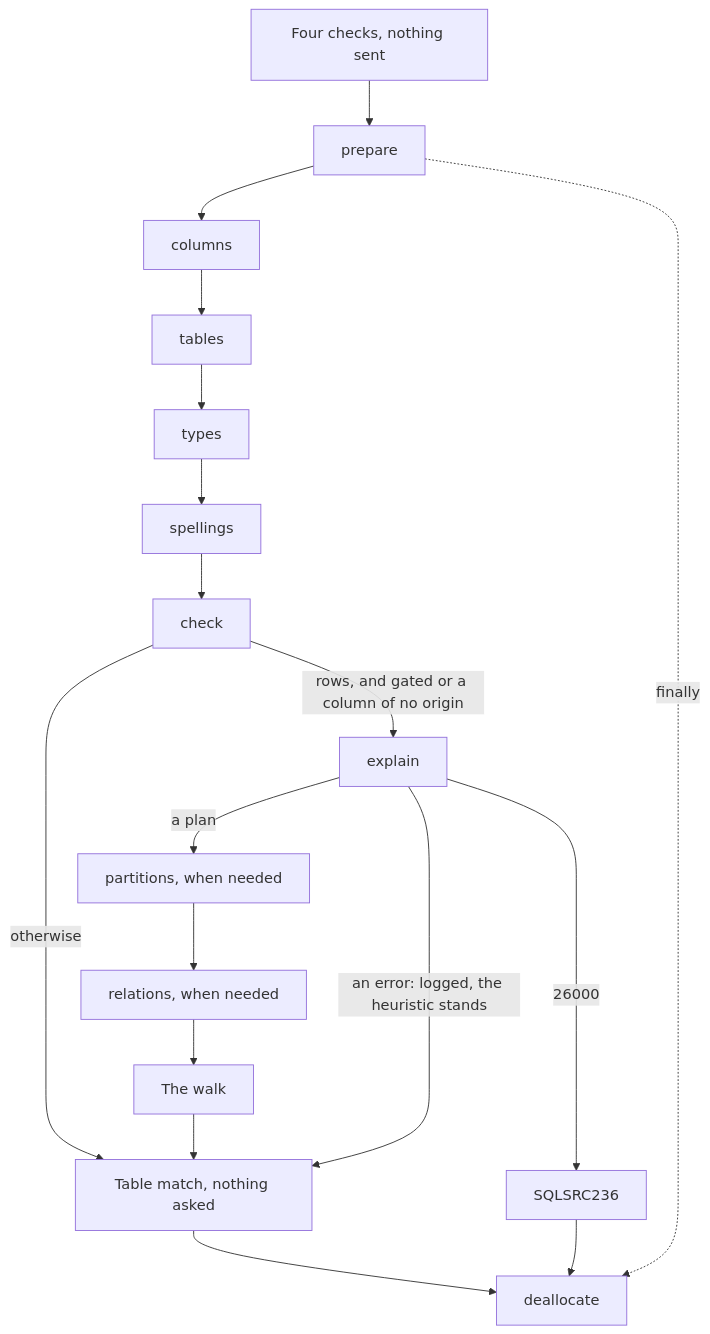
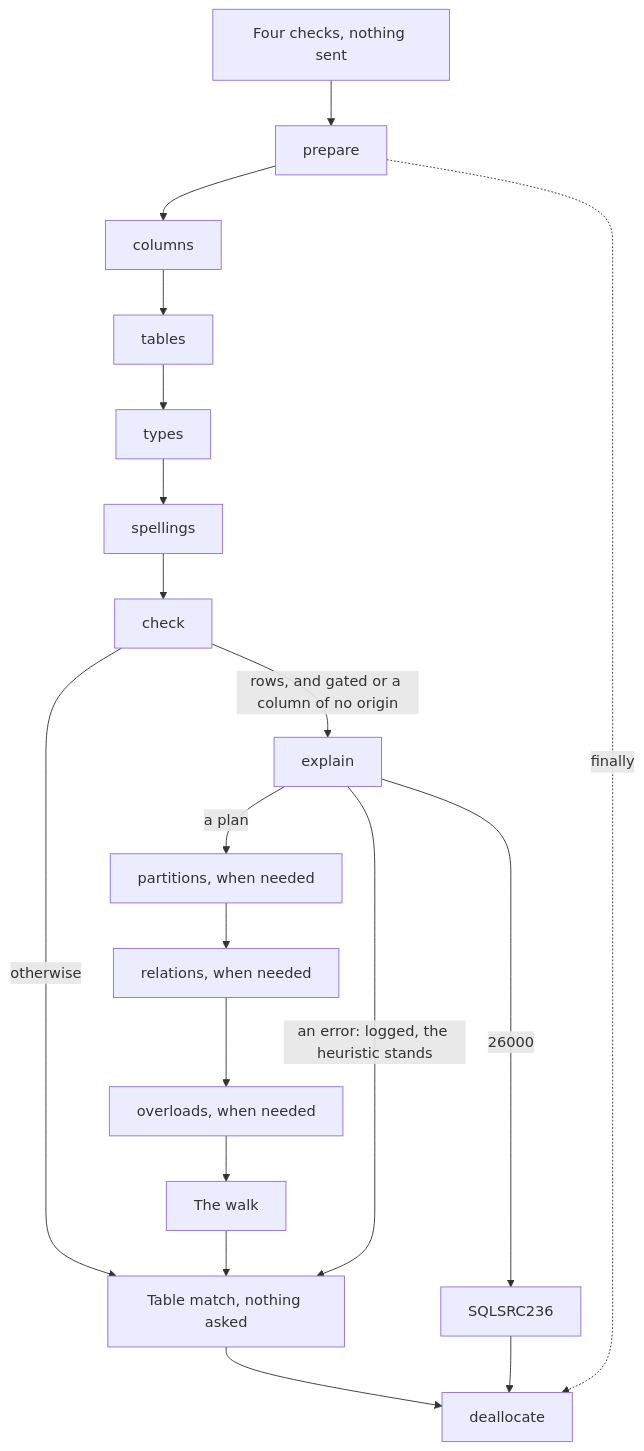
Before and after one commit to mbcrawfo/SqlSource: the diagram in docs/architecture/postgres-describer.md, drawn with Mermaid. The commit also changed other lines of this file and 11 other files, not shown here.

````diff
--- a/docs/architecture/postgres-describer.md
+++ b/docs/architecture/postgres-describer.md
@@ -80,20 +80,21 @@
 ```mermaid
 flowchart TD
     checks["Four checks, nothing sent"] --> prepare
     prepare --> columns
     columns --> tables
     tables --> types
     types --> spellings
     spellings --> check
     check -->|"rows, and gated or a column of no origin"| explain
     check -->|"otherwise"| match["Table match, nothing asked"]
     explain -->|"a plan"| partitions["partitions, when needed"]
     partitions --> relations["relations, when needed"]
-    relations --> walk["The walk"]
+    relations --> overloads["overloads, when needed"]
+    overloads --> walk["The walk"]
     walk --> match
     explain -->|"an error: logged, the heuristic stands"| match
     explain -->|"26000"| gone["SQLSRC236"]
     match --> deallocate
     gone --> deallocate
     prepare -.->|"finally"| deallocate
 ```
````
